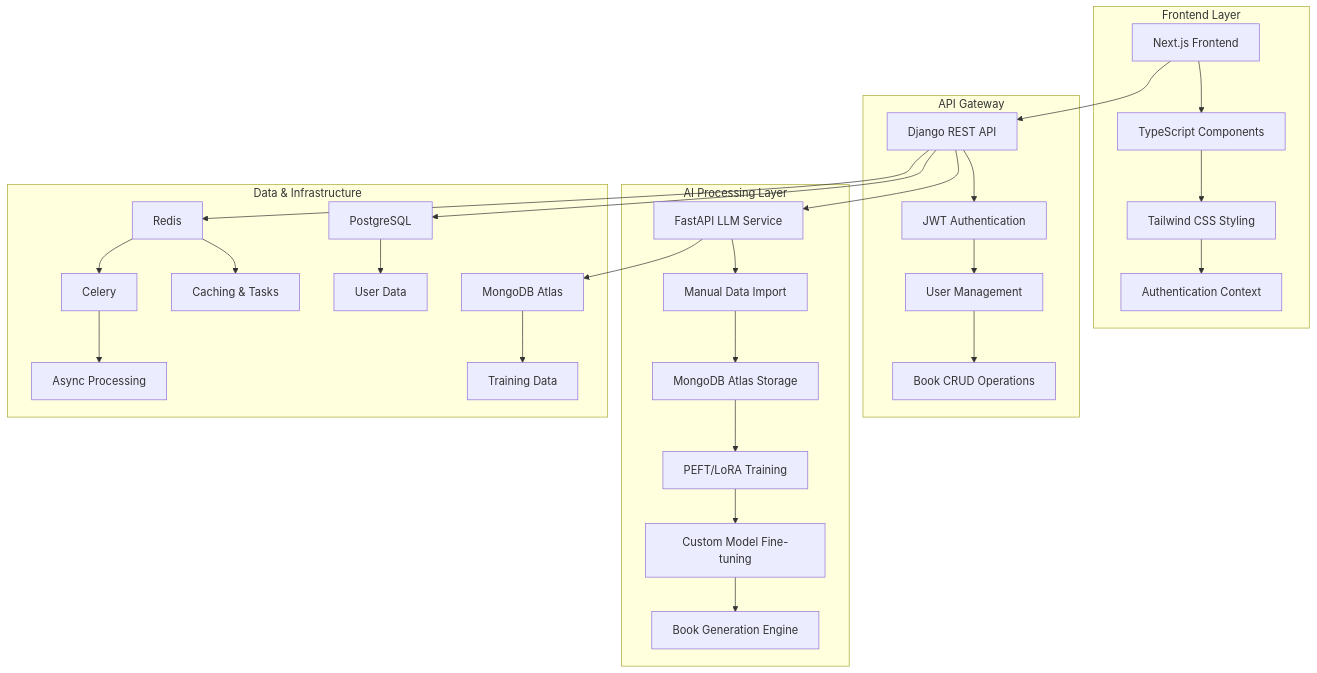
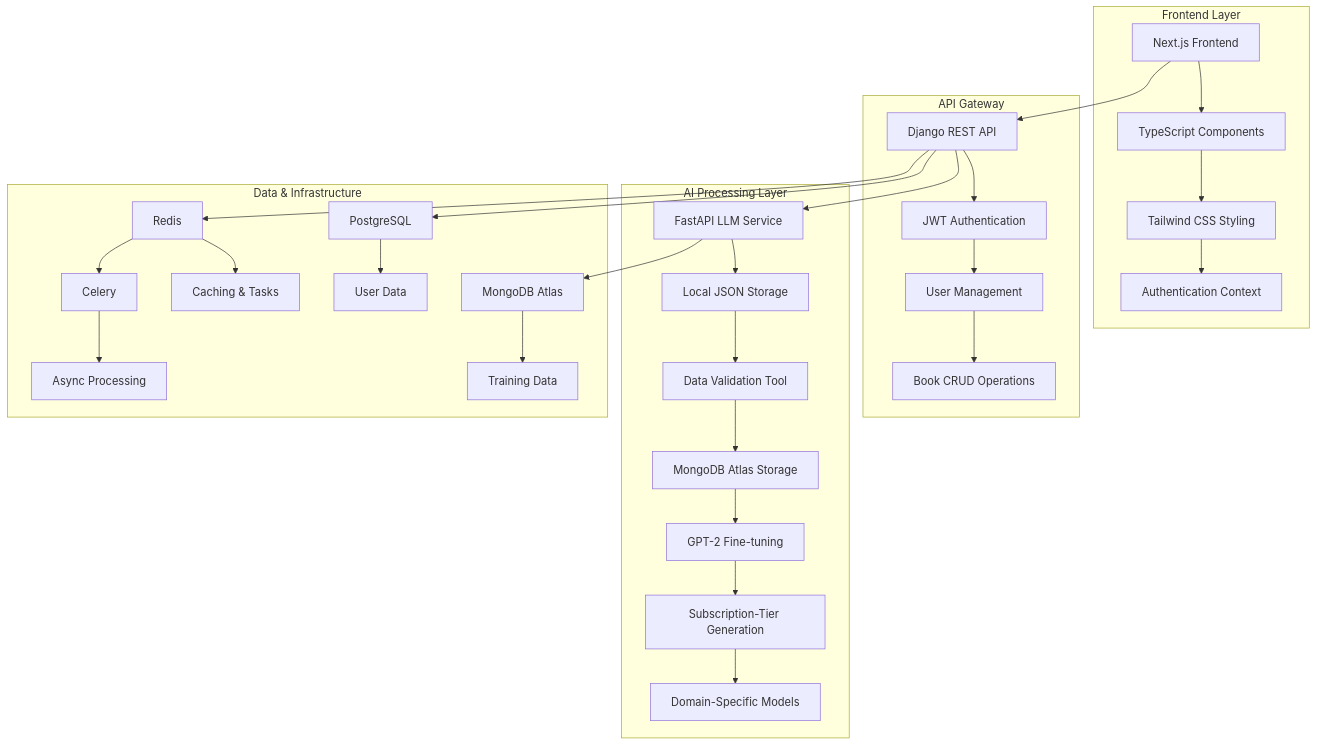
The diagram in README.md (BadrRibzat/bookgen-ai), drawn with Mermaid before and after one commit. The commit also changed other lines of this file and 24 other files, not shown here.

First line of the commit message:
feat: implement local JSON storage infrastructure for custom LLM training

````diff
--- a/README.md
+++ b/README.md
@@ -69,36 +71,37 @@
 ```mermaid
 graph TB
     subgraph "Frontend Layer"
         A[Next.js Frontend] --> B[TypeScript Components]
         B --> C[Tailwind CSS Styling]
         C --> D[Authentication Context]
     end
     
     subgraph "API Gateway"
         E[Django REST API] --> F[JWT Authentication]
         F --> G[User Management]
         G --> H[Book CRUD Operations]
     end
     
     subgraph "AI Processing Layer"
-        I[FastAPI LLM Service] --> J[Manual Data Import]
-        J --> K[MongoDB Atlas Storage]
-        K --> L[PEFT/LoRA Training]
-        L --> M[Custom Model Fine-tuning]
-        M --> N[Book Generation Engine]
+        I[FastAPI LLM Service] --> J[Local JSON Storage]
+        J --> K[Data Validation Tool]
+        K --> L[MongoDB Atlas Storage]
+        L --> M[GPT-2 Fine-tuning]
+        M --> N[Subscription-Tier Generation]
+        N --> O[Domain-Specific Models]
     end
     
     subgraph "Data & Infrastructure"
-        O[PostgreSQL] --> P[User Data]
-        Q[MongoDB Atlas] --> R[Training Data]
-        S[Redis] --> T[Caching & Tasks]
-        U[Celery] --> V[Async Processing]
+        P[PostgreSQL] --> Q[User Data]
+        R[MongoDB Atlas] --> S[Training Data]
+        T[Redis] --> U[Caching & Tasks]
+        V[Celery] --> W[Async Processing]
     end
     
     A --> E
     E --> I
-    I --> Q
-    E --> O
-    E --> S
-    S --> U
+    I --> R
+    E --> P
+    E --> T
+    T --> V
 ```
````
